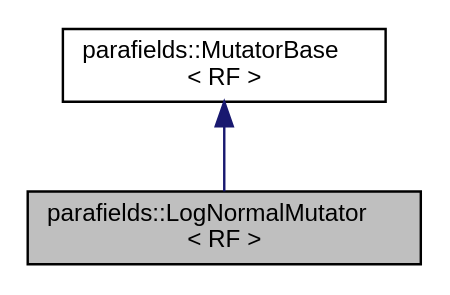
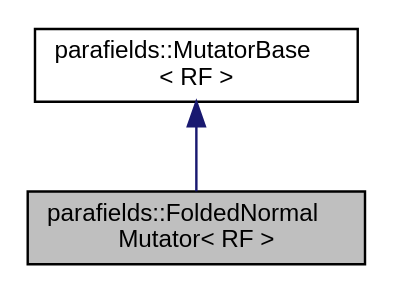
Before and after one commit to parafields/parafields-core: the diagram in a01041.dot, drawn with Graphviz. The commit also changed 251 other files, not shown here.

```diff
--- a/a01041.dot
+++ b/a01041.dot
@@ -1,9 +1,9 @@
-digraph "parafields::LogNormalMutator&lt; RF &gt;"
+digraph "parafields::FoldedNormalMutator&lt; RF &gt;"
 {
  // LATEX_PDF_SIZE
   edge [fontname="Helvetica",fontsize="10",labelfontname="Helvetica",labelfontsize="10"];
   node [fontname="Helvetica",fontsize="10",shape=record];
-  Node1 [label="parafields::LogNormalMutator\l\< RF \>",height=0.2,width=0.4,color="black", fillcolor="grey75", style="filled", fontcolor="black",tooltip="Exponential function mutator for log-normal fields."];
+  Node1 [label="parafields::FoldedNormal\lMutator\< RF \>",height=0.2,width=0.4,color="black", fillcolor="grey75", style="filled", fontcolor="black",tooltip="Absolute value function mutator for folded normal fields."];
   Node2 -> Node1 [dir="back",color="midnightblue",fontsize="10",style="solid",fontname="Helvetica"];
-  Node2 [label="parafields::MutatorBase\l\< RF \>",height=0.2,width=0.4,color="black", fillcolor="white", style="filled",URL="$a01034.html",tooltip="Abstract base class for value transformations."];
+  Node2 [label="parafields::MutatorBase\l\< RF \>",height=0.2,width=0.4,color="black", fillcolor="white", style="filled",URL="$a01030.html",tooltip="Abstract base class for value transformations."];
 }
```
